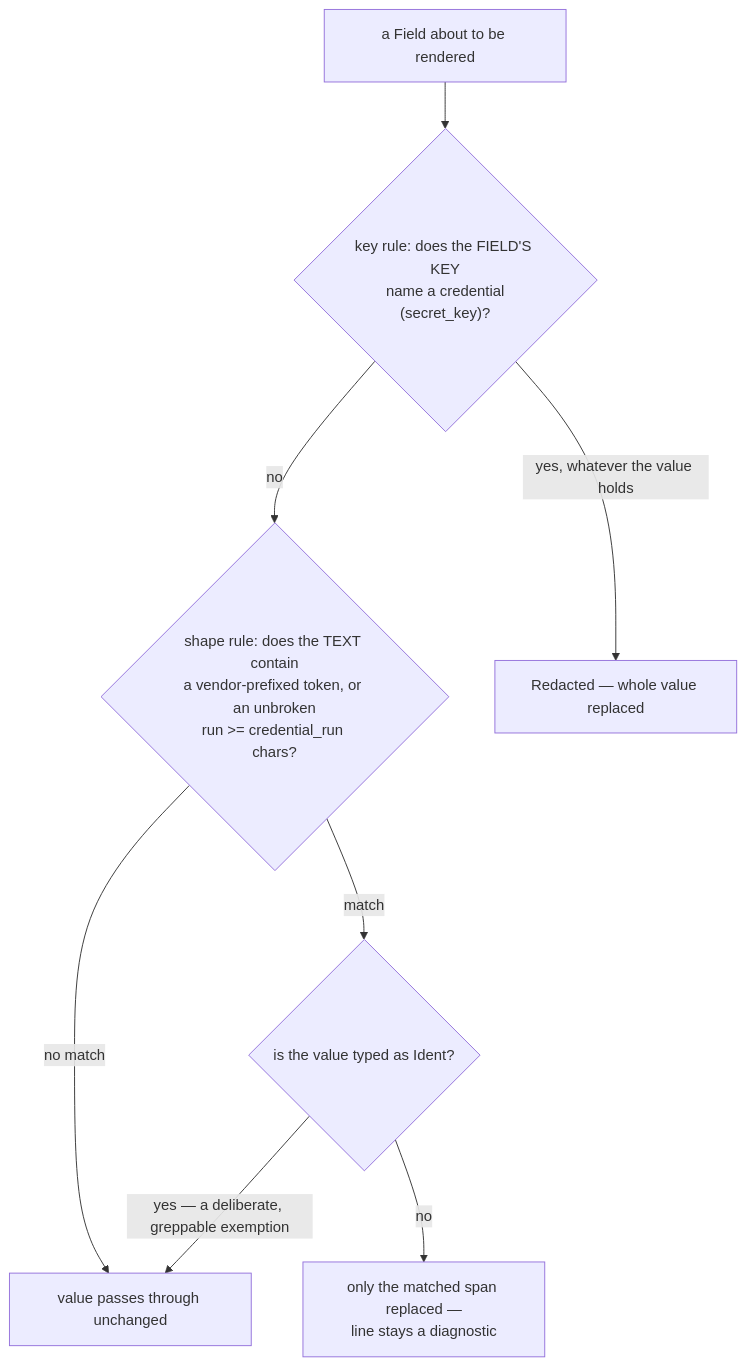
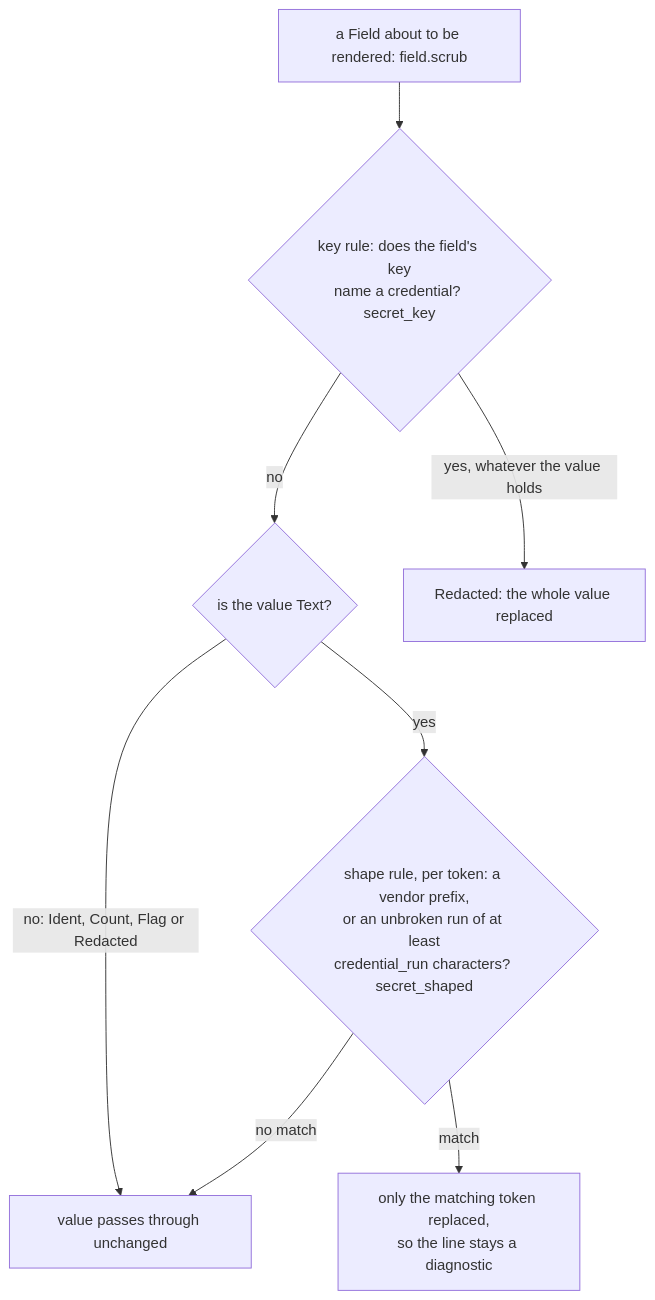
One commit to Roasbeef/loom changed the third of 4 diagrams in packages/telemetry/README.md. Above: the diagram before and after it, drawn with Mermaid. The commit also changed other lines of this file, not shown here.

````diff
--- a/packages/telemetry/README.md
+++ b/packages/telemetry/README.md
@@ -61,18 +74,18 @@
 ```mermaid
 flowchart TD
-    F["a Field about to be rendered"]
-    KR{"key rule: does the FIELD'S KEY<br/>name a credential<br/>(secret_key)?"}
-    SR{"shape rule: does the TEXT contain<br/>a vendor-prefixed token, or an unbroken<br/>run >= credential_run chars?"}
-    ID{"is the value typed as Ident?"}
-    OUT_R["Redacted — whole value replaced"]
-    OUT_S["only the matched span replaced —<br/>line stays a diagnostic"]
+    F["a Field about to be rendered: field.scrub"]
+    KR{"key rule: does the field's key<br/>name a credential? secret_key"}
+    TX{"is the value Text?"}
+    SR{"shape rule, per token: a vendor prefix,<br/>or an unbroken run of at least<br/>credential_run characters? secret_shaped"}
+    OUT_R["Redacted: the whole value replaced"]
+    OUT_S["only the matching token replaced,<br/>so the line stays a diagnostic"]
     OUT_OK["value passes through unchanged"]
 
     F --> KR
     KR -->|"yes, whatever the value holds"| OUT_R
-    KR -->|no| SR
+    KR -->|no| TX
+    TX -->|"no: Ident, Count, Flag or Redacted"| OUT_OK
+    TX -->|yes| SR
     SR -->|no match| OUT_OK
-    SR -->|match| ID
-    ID -->|yes — a deliberate, greppable exemption| OUT_OK
-    ID -->|no| OUT_S
+    SR -->|match| OUT_S
 ```
````
